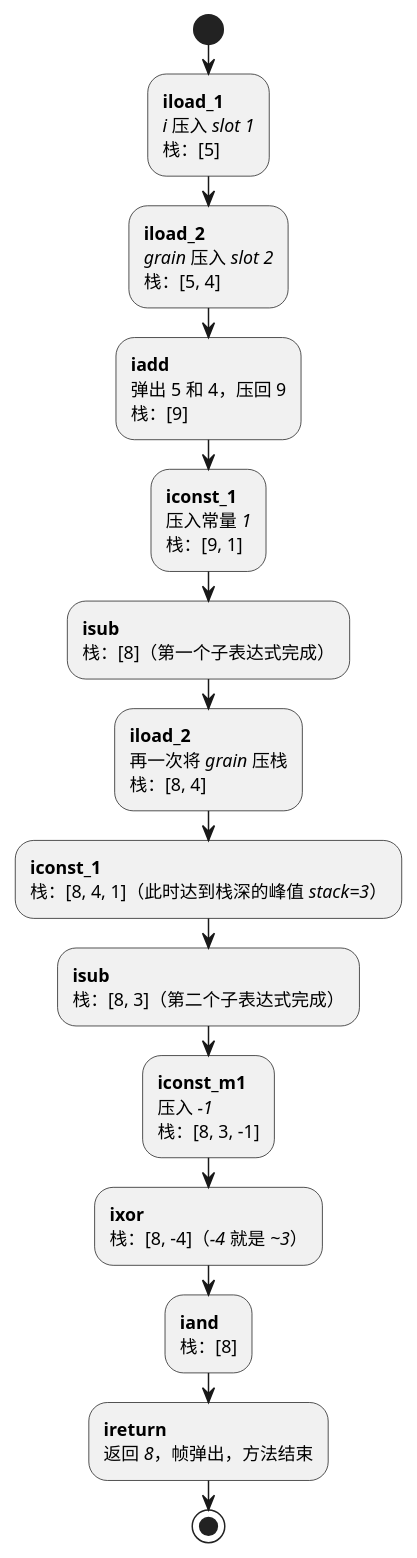
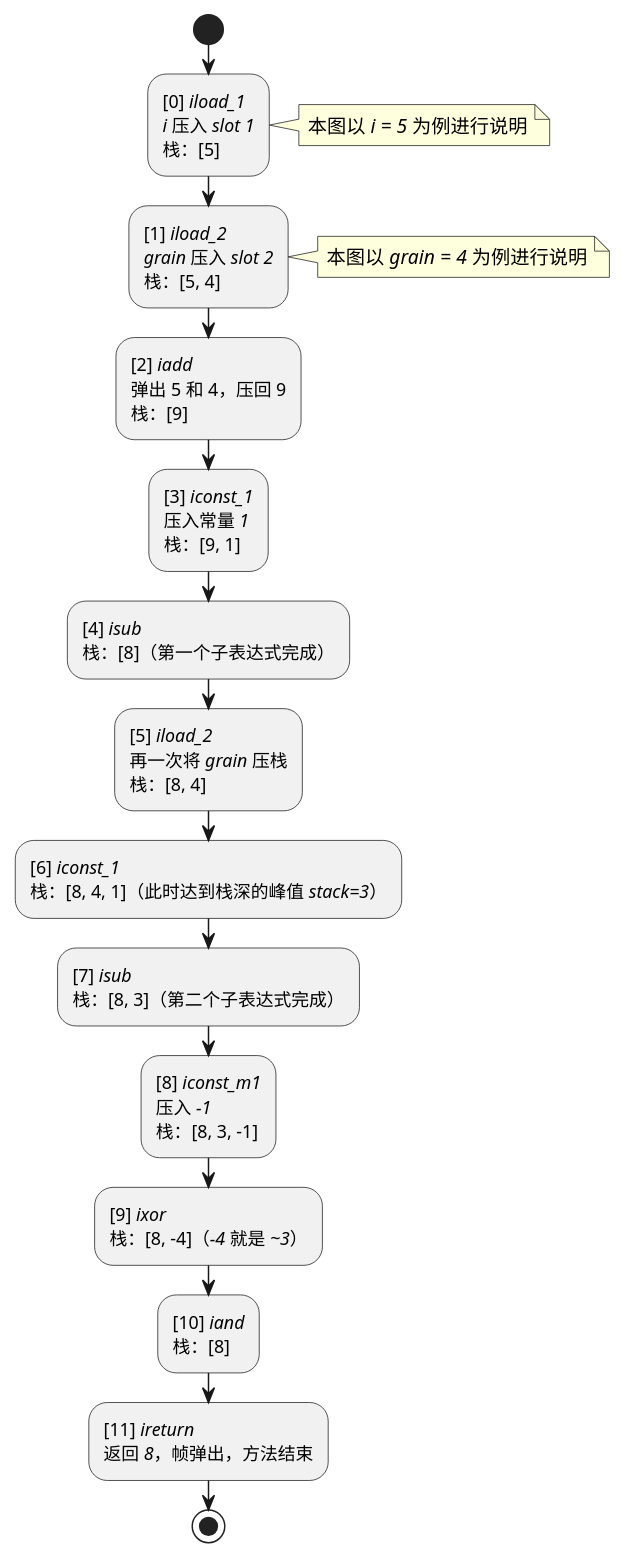
One commit to fanofxiaofeng/study_jvm_byte_code changed the diagram in 03/flow.puml. Above: the diagram before and after it, drawn with PlantUML. The commit also changed other lines of this file, not shown here.

```diff
--- a/03/flow.puml
+++ b/03/flow.puml
@@ -1,34 +1,40 @@
 @startuml
 start
-:**iload_1**
+:[0] //iload_1//
 //i// 压入 //slot 1//
 栈：[5];
-:**iload_2**
+note right
+  本图以 //i = 5// 为例进行说明
+end note
+:[1] //iload_2//
 //grain// 压入 //slot 2//
 栈：[5, 4];
-:**iadd**
+note right
+  本图以 //grain = 4// 为例进行说明
+end note
+:[2] //iadd//
 弹出 5 和 4，压回 9
 栈：[9];
-:**iconst_1**
+:[3] //iconst_1//
 压入常量 //1//
 栈：[9, 1];
-:**isub**
+:[4] //isub//
 栈：[8]（第一个子表达式完成）;
-:**iload_2**
+:[5] //iload_2//
 再一次将 //grain// 压栈
 栈：[8, 4];
-:**iconst_1**
+:[6] //iconst_1//
 栈：[8, 4, 1]（此时达到栈深的峰值 //stack=3//）;
-:**isub**
+:[7] //isub//
 栈：[8, 3]（第二个子表达式完成）;
-:**iconst_m1**
+:[8] //iconst_m1//
 压入 //-1//
 栈：[8, 3, -1];
-:**ixor**
+:[9] //ixor//
 栈：[8, -4]（//-4// 就是 //~3//）;
-:**iand**
+:[10] //iand//
 栈：[8];
-:**ireturn**
+:[11] //ireturn//
 返回 //8//，帧弹出，方法结束;
 stop
 @enduml
```
